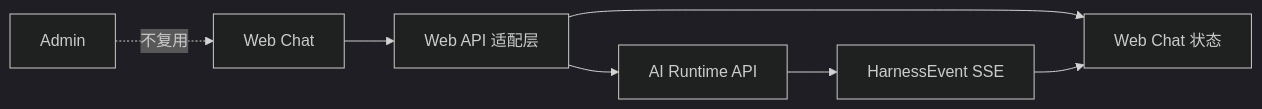
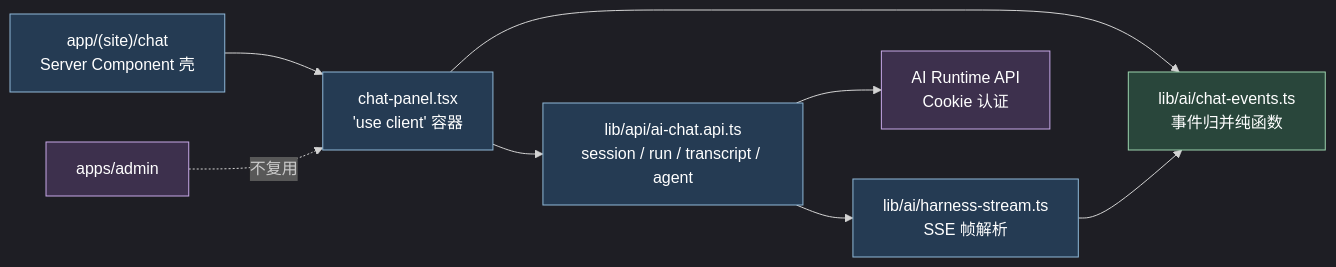
The first of 2 diagrams in .trellis/tasks/08-21-web-ai-chat-consumer-validation/design.md (xidongdong-153/starter), drawn with Mermaid before and after one commit. The commit also changed other lines of this file and 11 other files, not shown here.

First line of the commit message:
docs(spec): add web ai runtime consumer guidelines

````diff
--- a/.trellis/tasks/08-21-web-ai-chat-consumer-validation/design.md
+++ b/.trellis/tasks/08-21-web-ai-chat-consumer-validation/design.md
@@ -5,10 +5,18 @@
 ```mermaid
 %%{init: {"theme": "dark"}}%%
 flowchart LR
-  Browser["Web Chat"] --> WebApi["Web API 适配层"]
-  WebApi --> AiApi["AI Runtime API"]
-  AiApi --> Events["HarnessEvent SSE"]
-  WebApi --> Reducer["Web Chat 状态"]
-  Events --> Reducer
-  Admin["Admin"] -."不复用".-> Browser
+  Page["app/(site)/chat<br/>Server Component 壳"] --> Panel["chat-panel.tsx<br/>'use client' 容器"]
+  Panel --> Api["lib/api/ai-chat.api.ts<br/>session / run / transcript / agent"]
+  Panel --> Merge["lib/ai/chat-events.ts<br/>事件归并纯函数"]
+  Api --> Stream["lib/ai/harness-stream.ts<br/>SSE 帧解析"]
+  Stream --> Merge
+  Api --> Runtime["AI Runtime API<br/>Cookie 认证"]
+  Admin["apps/admin"] -."不复用".-> Panel
+
+  classDef web fill:#253b53,stroke:#8fb8d8,color:#fff
+  classDef pure fill:#29463b,stroke:#9bd3ad,color:#fff
+  classDef ext fill:#3d304d,stroke:#c7a8e8,color:#fff
+  class Page,Panel,Api,Stream web
+  class Merge pure
+  class Runtime,Admin ext
 ```
````
